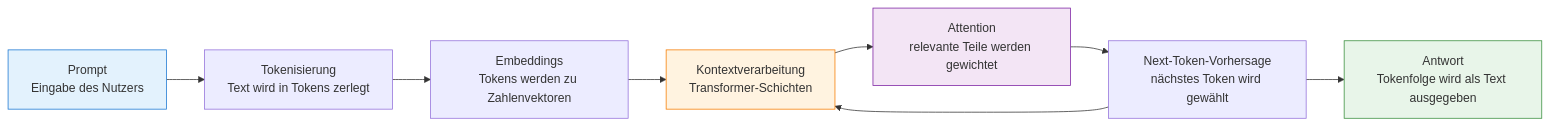
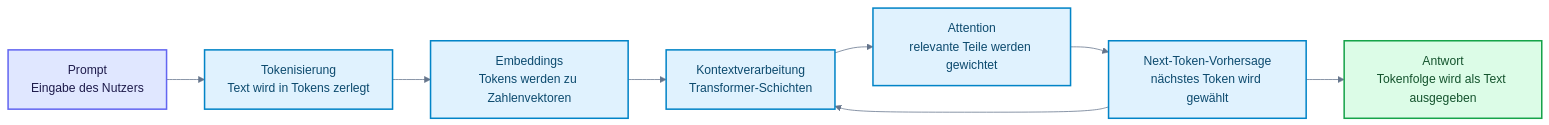
One commit to ralf-42/GenAI changed the second of 2 diagrams in docs/03-grundlagen/large-language-models.md. Above: the diagram before and after it, drawn with Mermaid. The commit also changed other lines of this file and 25 other files, not shown here.

````diff
--- a/docs/03-grundlagen/large-language-models.md
+++ b/docs/03-grundlagen/large-language-models.md
@@ -127,15 +142,34 @@
 ```mermaid
+---
+config:
+  theme: base
+  look: classic
+  themeVariables:
+    primaryColor: '#e0f2fe'
+    primaryBorderColor: '#0284c7'
+    primaryTextColor: '#1e293b'
+    lineColor: '#64748b'
+    clusterBkg: '#f8fafc'
+    clusterBorder: '#cbd5e1'
+    noteBkgColor: '#fef3c7'
+    noteBorderColor: '#d97706'
+    noteTextColor: '#78350f'
+    edgeLabelBackground: '#ffffff'
+---
+
 flowchart LR
     P[Prompt<br>Eingabe des Nutzers] --> T[Tokenisierung<br>Text wird in Tokens zerlegt]
     T --> E[Embeddings<br>Tokens werden zu Zahlenvektoren]
     E --> C[Kontextverarbeitung<br>Transformer-Schichten]
     C --> A[Attention<br>relevante Teile werden gewichtet]
     A --> N[Next-Token-Vorhersage<br>nächstes Token wird gewählt]
     N --> R[Antwort<br>Tokenfolge wird als Text ausgegeben]
     N --> C
 
-    style P fill:#e3f2fd,stroke:#1976d2
-    style C fill:#fff3e0,stroke:#f57c00
-    style A fill:#f3e5f5,stroke:#7b1fa2
-    style R fill:#e8f5e9,stroke:#388e3c
+%% Funktionsfarben nach Mermaid_Best_Practices.md
+classDef default fill:#e0f2fe,stroke:#0284c7,stroke-width:2px,color:#0c4a6e;
+classDef input fill:#e0e7ff,stroke:#6366f1,stroke-width:2px,color:#1e1b4b;
+classDef output fill:#dcfce7,stroke:#16a34a,stroke-width:2px,color:#14532d;
+class P input;
+class R output;
 ```
````
